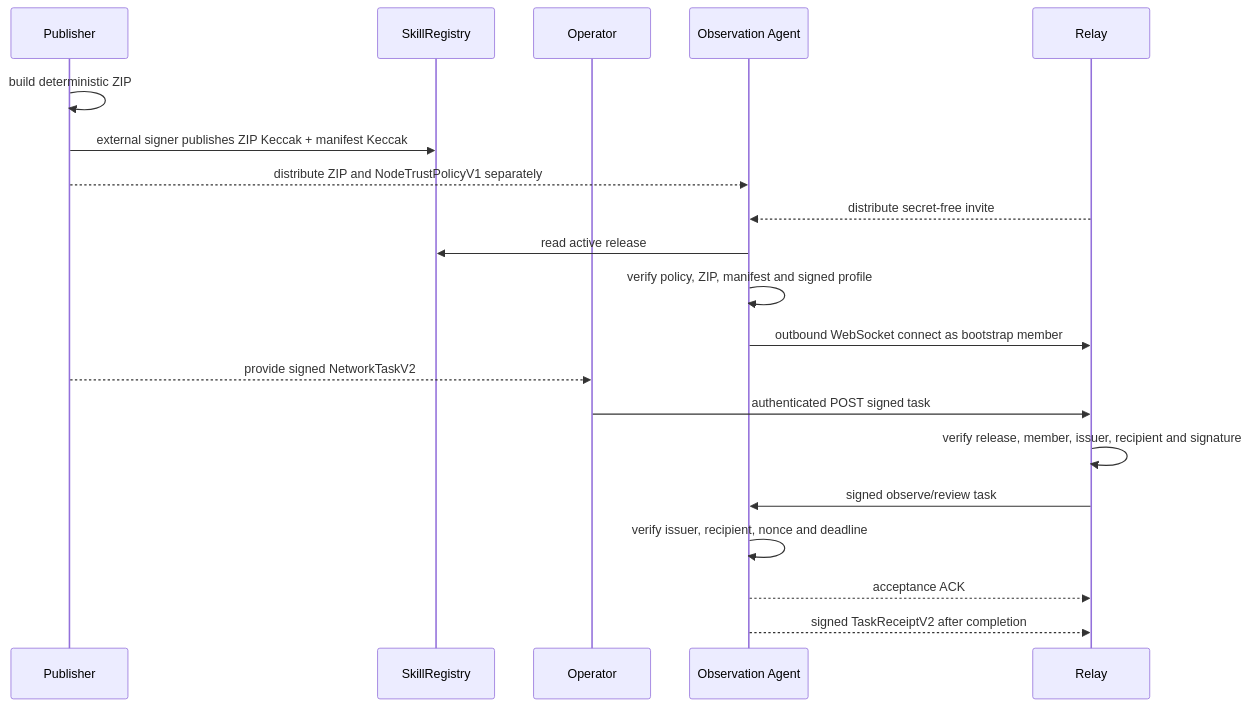
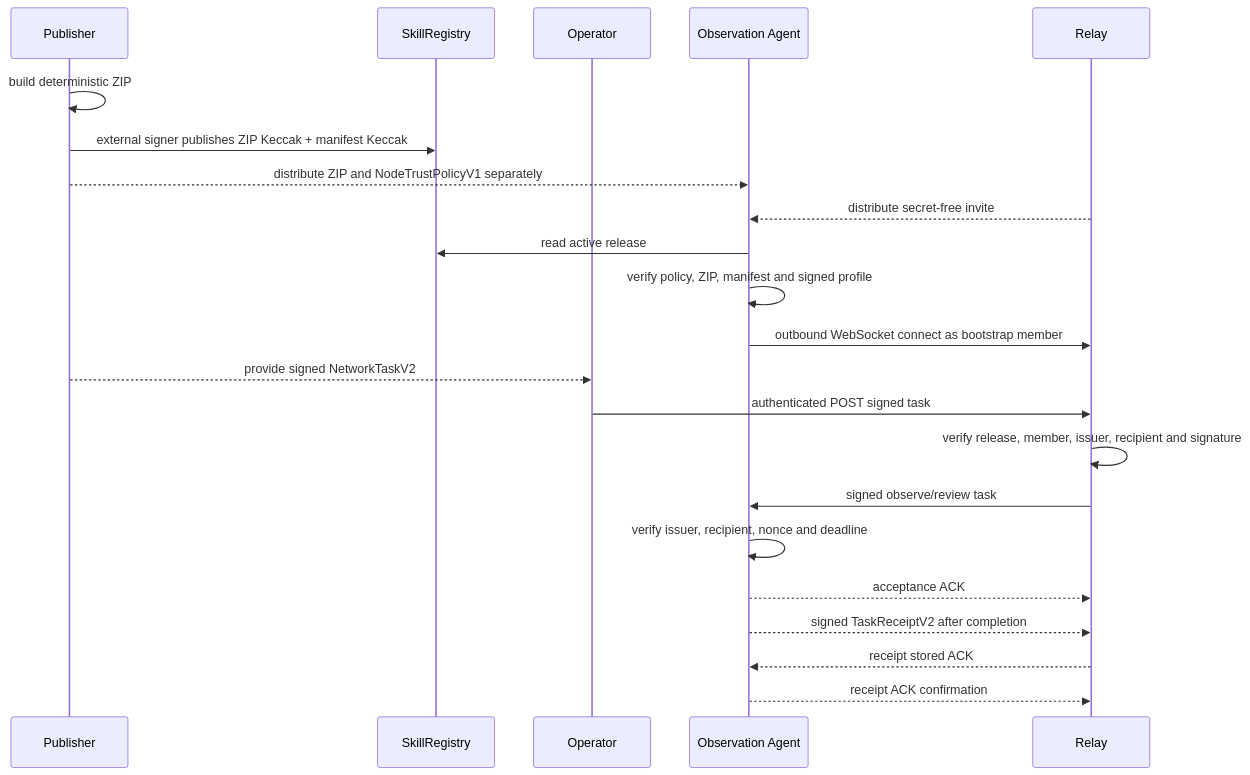
Before and after one commit to Wenbobobo/loveengine-witness-skill: the second of 4 diagrams in docs/architecture/witness-core-and-data-flow.zh-CN.md, drawn with Mermaid. The commit also changed other lines of this file and 63 other files, not shown here.

```diff
--- a/docs/architecture/witness-core-and-data-flow.zh-CN.md
+++ b/docs/architecture/witness-core-and-data-flow.zh-CN.md
@@ -58,22 +58,24 @@
 ~~~mermaid
 sequenceDiagram
     participant P as Publisher
     participant R as SkillRegistry
     participant O as Operator
     participant N as Observation Agent
     participant H as Relay
     P->>P: build deterministic ZIP
     P->>R: external signer publishes ZIP Keccak + manifest Keccak
     P-->>N: distribute ZIP and NodeTrustPolicyV1 separately
     H-->>N: distribute secret-free invite
     N->>R: read active release
     N->>N: verify policy, ZIP, manifest and signed profile
     N->>H: outbound WebSocket connect as bootstrap member
     P-->>O: provide signed NetworkTaskV2
     O->>H: authenticated POST signed task
     H->>H: verify release, member, issuer, recipient and signature
     H->>N: signed observe/review task
     N->>N: verify issuer, recipient, nonce and deadline
     N-->>H: acceptance ACK
     N-->>H: signed TaskReceiptV2 after completion
+    H-->>N: receipt stored ACK
+    N-->>H: receipt ACK confirmation
 ~~~
```
